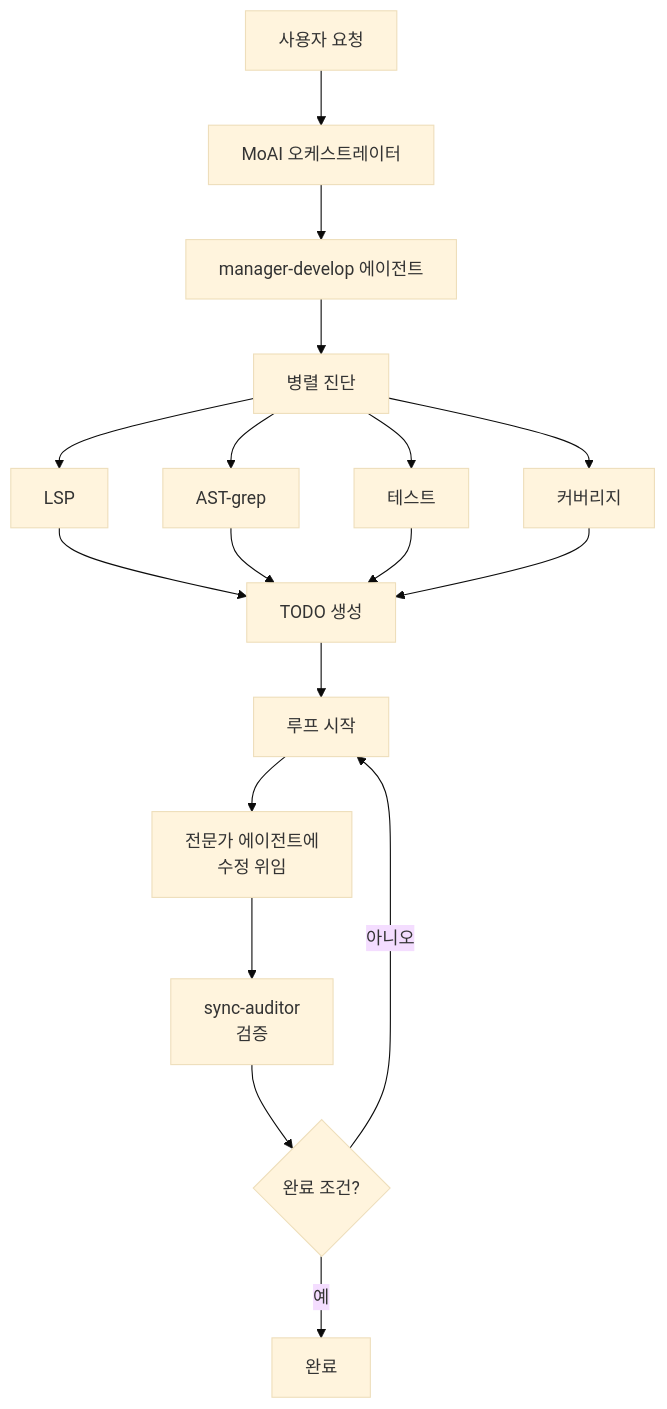
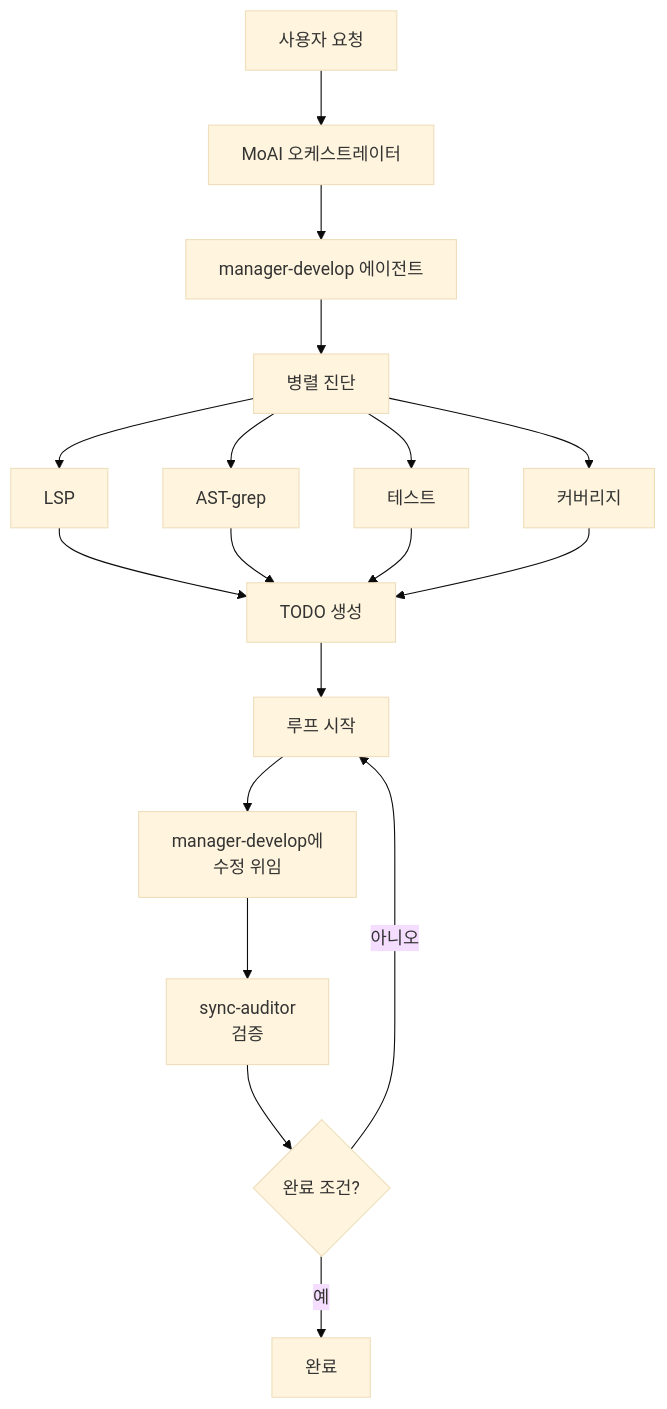
One commit to modu-ai/moai-adk changed the fourth of 4 diagrams in docs-site/content/ko/utility-commands/moai-loop.md. Above: the diagram before and after it, drawn with Mermaid (base theme). The commit also changed other lines of this file and 395 other files, not shown here.

````diff
--- a/docs-site/content/ko/utility-commands/moai-loop.md
+++ b/docs-site/content/ko/utility-commands/moai-loop.md
@@ -213,25 +223,25 @@
 ```mermaid
 flowchart TD
     User["사용자 요청"] --> Orchestrator["MoAI 오케스트레이터"]
     Orchestrator --> ManagerDDD["manager-develop 에이전트"]
 
     ManagerDDD --> Diagnose["병렬 진단"]
     Diagnose --> LSP["LSP"]
     Diagnose --> AST["AST-grep"]
     Diagnose --> Test["테스트"]
     Diagnose --> Cov["커버리지"]
 
     LSP --> Todo["TODO 생성"]
     AST --> Todo
     Test --> Todo
     Cov --> Todo
 
     Todo --> Loop["루프 시작"]
 
-    Loop --> Fix["전문가 에이전트에<br/>수정 위임"]
+    Loop --> Fix["manager-develop에<br/>수정 위임"]
     Fix --> Verify["sync-auditor<br/>검증"]
 
     Verify --> Complete{"완료 조건?"}
     Complete -->|아니오| Loop
     Complete -->|예| Done["완료"]
 ```
````
